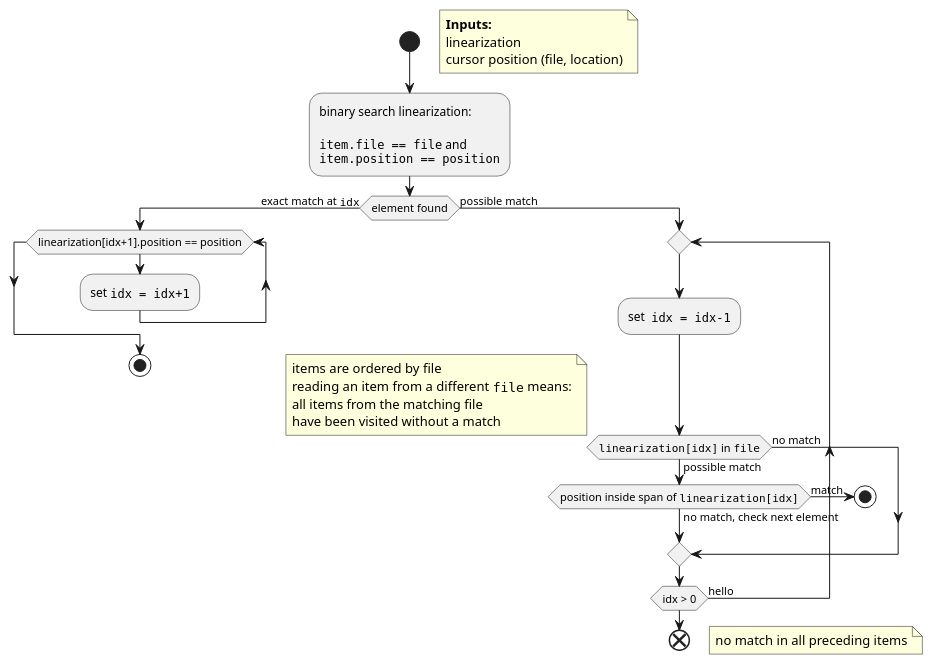
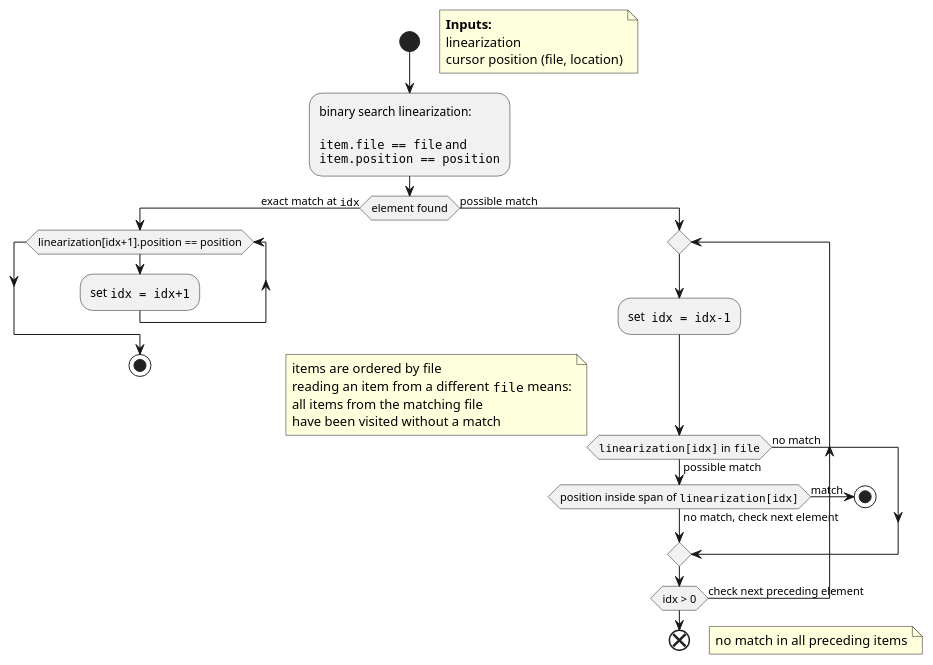
Before and after one commit to ysndr/MSc-Thesis: the diagram in assets/element-lookup.plantuml, drawn with PlantUML.

Commit message:
Fix label in element lookup

```diff
--- a/assets/element-lookup.plantuml
+++ b/assets/element-lookup.plantuml
@@ -1,47 +1,47 @@
 @startuml
 start
 floating note right
     **Inputs:**
     linearization
     cursor position (file, location)
 end note
 
 
 :binary search linearization:
 
 ""item.file == file"" and 
 ""item.position == position"";
 
 if (element found) then (exact match at ""idx"")
     while (linearization[idx+1].position == position) 
     :set ""idx = idx+1"";
     endwhile
     stop
 else (possible match)
     repeat
         :set  ""idx = idx-1"";
         if (""linearization[idx]"" in ""file"") then (possible match)
             if (position inside span of ""linearization[idx]"") then (match)
                 stop
             else (no match, check next element)
             endif
         else (no match)
         
             note right
                 items are ordered by file
                 reading an item from a different ""file"" means:
                 all items from the matching file
                 have been visited without a match
             end note
         endif
-    repeat while (idx > 0) is (hello)
+    repeat while (idx > 0) is (check next preceding element)
     end
     floating note right
        no match in all preceding items
     end note
 endif
 
 
 
 
 @enduml
```
